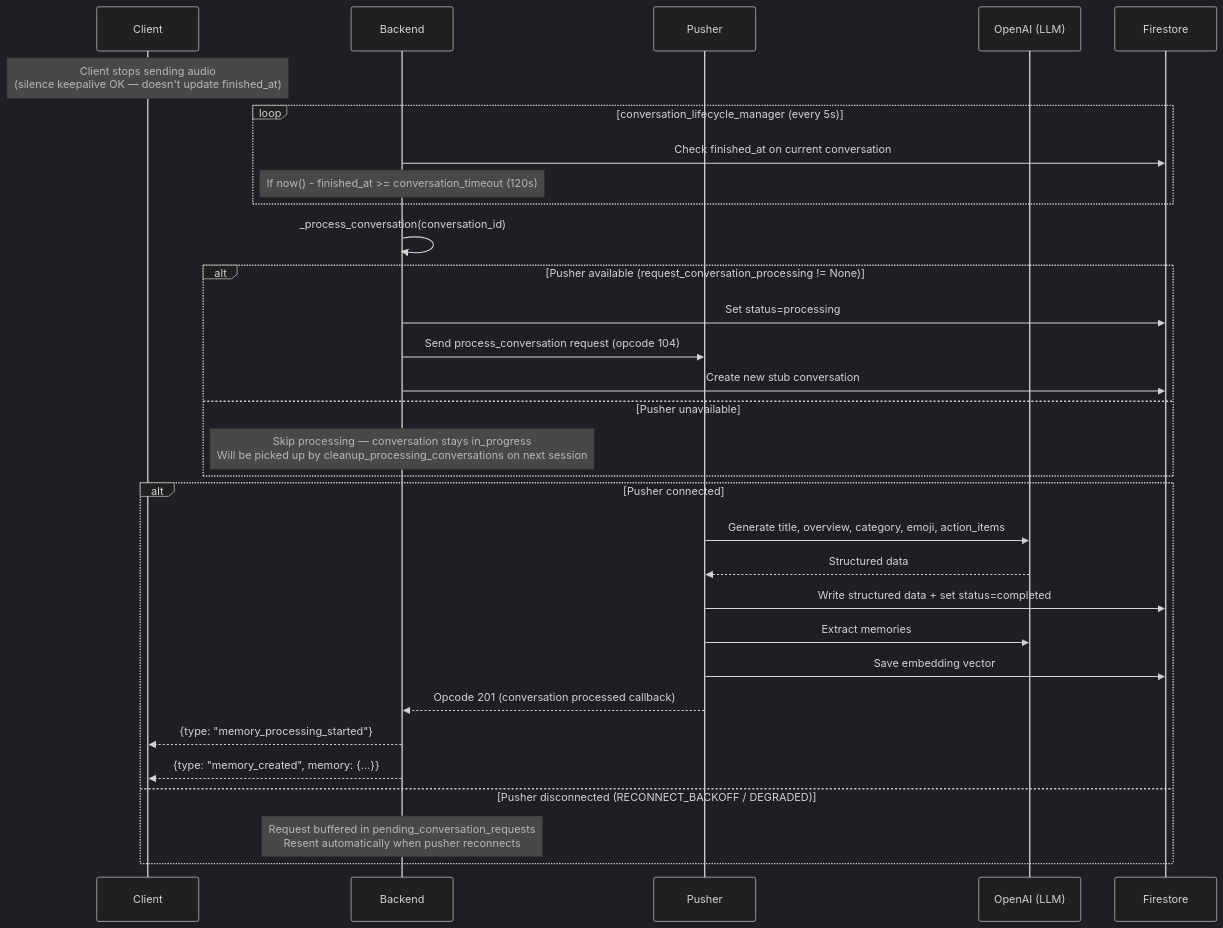
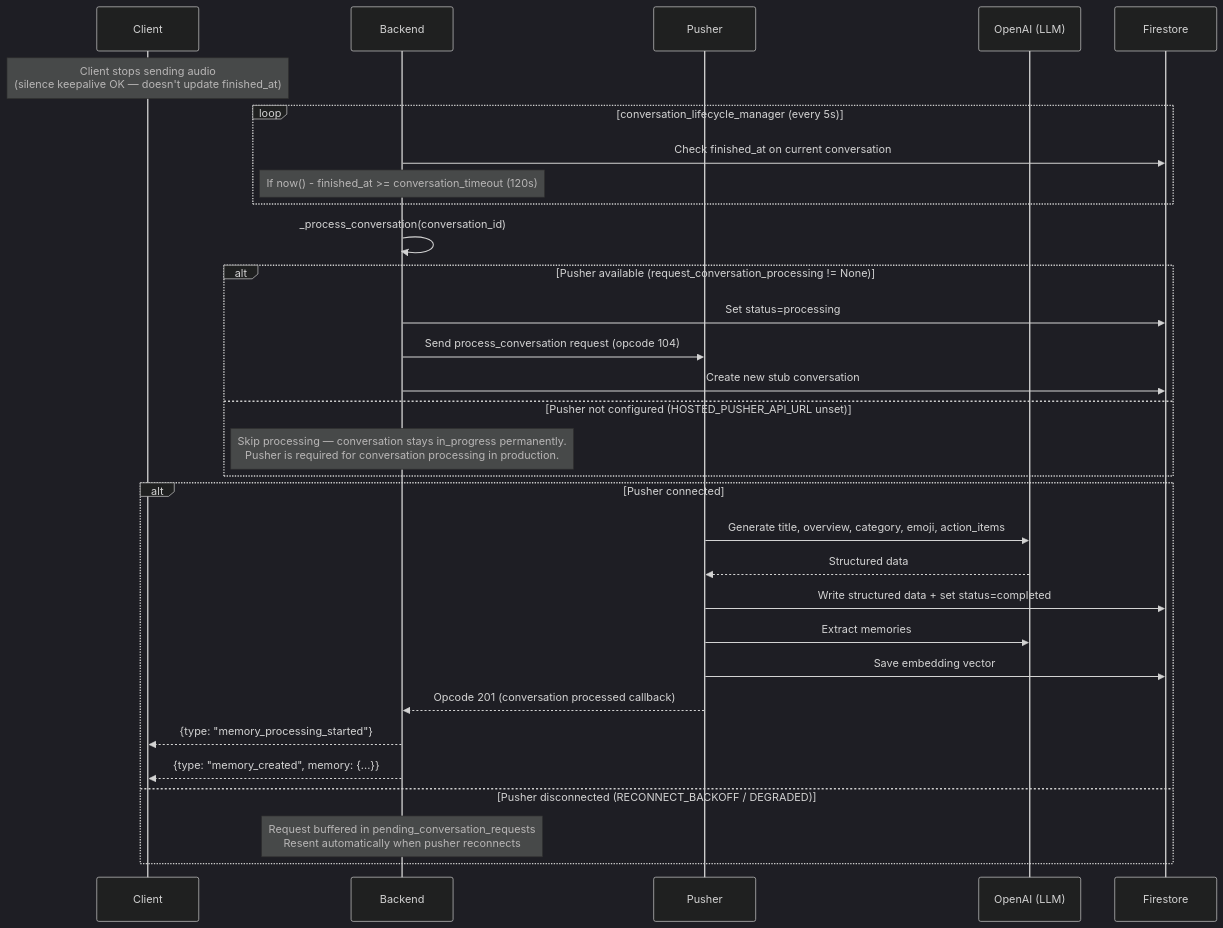
The second of 6 diagrams in docs/doc/developer/backend/listen_pusher_pipeline.mdx (DG303/omi), drawn with Mermaid (dark theme) before and after one commit.

Commit message:
docs(listen): fix misleading recovery claim for no-pusher mode
Clarify that without HOSTED_PUSHER_API_URL, conversations stay
in_progress permanently — cleanup_processing_conversations also
requires pusher. Pusher is required for conversation processing.

````diff
--- a/docs/doc/developer/backend/listen_pusher_pipeline.mdx
+++ b/docs/doc/developer/backend/listen_pusher_pipeline.mdx
@@ -54,37 +54,37 @@
 ```mermaid
 sequenceDiagram
     participant Client
     participant Backend as Backend
     participant Pusher
     participant OpenAI as OpenAI (LLM)
     participant Firestore
 
     Note over Client: Client stops sending audio<br/>(silence keepalive OK — doesn't update finished_at)
 
     loop conversation_lifecycle_manager (every 5s)
         Backend->>Firestore: Check finished_at on current conversation
         Note over Backend: If now() - finished_at >= conversation_timeout (120s)
     end
 
     Backend->>Backend: _process_conversation(conversation_id)
     alt Pusher available (request_conversation_processing != None)
         Backend->>Firestore: Set status=processing
         Backend->>Pusher: Send process_conversation request (opcode 104)
         Backend->>Firestore: Create new stub conversation
-    else Pusher unavailable
-        Note over Backend: Skip processing — conversation stays in_progress<br/>Will be picked up by cleanup_processing_conversations on next session
+    else Pusher not configured (HOSTED_PUSHER_API_URL unset)
+        Note over Backend: Skip processing — conversation stays in_progress permanently.<br/>Pusher is required for conversation processing in production.
     end
 
     alt Pusher connected
         Pusher->>OpenAI: Generate title, overview, category, emoji, action_items
         OpenAI-->>Pusher: Structured data
         Pusher->>Firestore: Write structured data + set status=completed
         Pusher->>OpenAI: Extract memories
         Pusher->>Firestore: Save embedding vector
         Pusher-->>Backend: Opcode 201 (conversation processed callback)
         Backend-->>Client: {type: "memory_processing_started"}
         Backend-->>Client: {type: "memory_created", memory: {...}}
     else Pusher disconnected (RECONNECT_BACKOFF / DEGRADED)
         Note over Backend: Request buffered in pending_conversation_requests<br/>Resent automatically when pusher reconnects
     end
 ```
````
